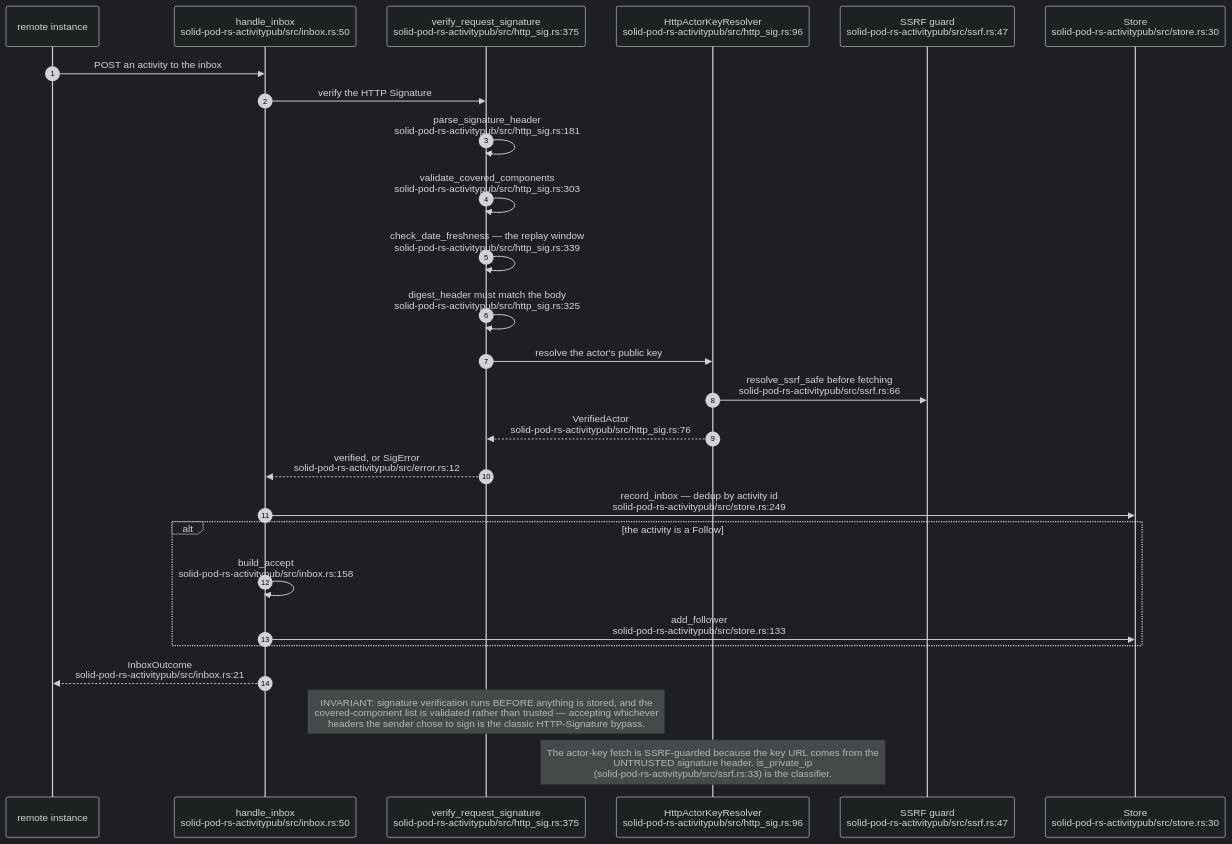
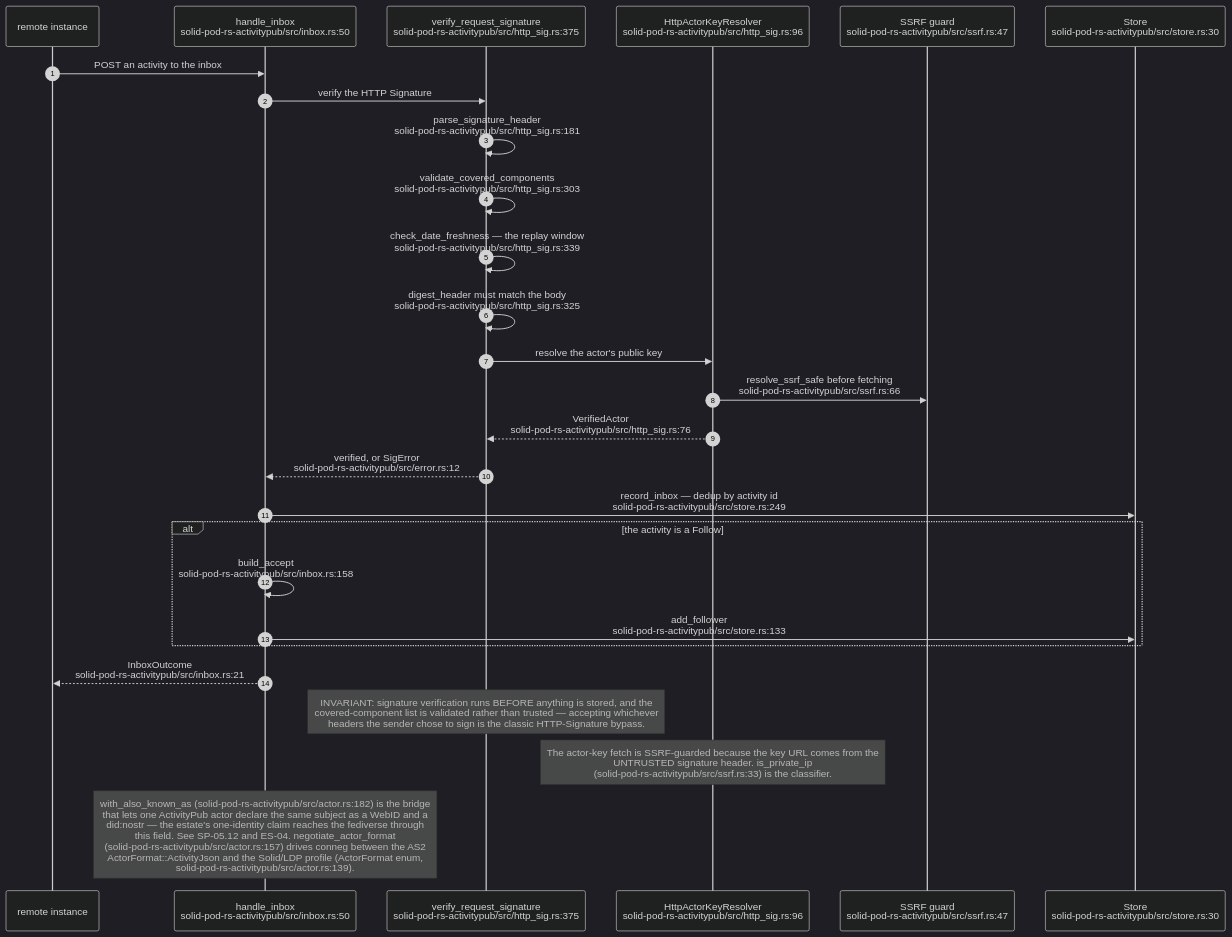
Before and after one commit to DreamLab-AI/VisionFlow: the fifth of 16 diagrams in docs/diagrams/solid-pod-rs/08-federation-notifications-forge-mcp.md, drawn with Mermaid (dark theme). The commit also changed other lines of this file and 136 other files, not shown here.

First line of the commit message:
docs(diagrams): refresh the whole corpus to code HEAD and prune low-value diagrams

````diff
--- a/docs/diagrams/solid-pod-rs/08-federation-notifications-forge-mcp.md
+++ b/docs/diagrams/solid-pod-rs/08-federation-notifications-forge-mcp.md
@@ -154,30 +153,31 @@
 ```mermaid
 sequenceDiagram
     autonumber
     participant R as remote instance
     participant I as handle_inbox<br/>solid-pod-rs-activitypub/src/inbox.rs:50
     participant V as verify_request_signature<br/>solid-pod-rs-activitypub/src/http_sig.rs:375
     participant K as HttpActorKeyResolver<br/>solid-pod-rs-activitypub/src/http_sig.rs:96
     participant SS as SSRF guard<br/>solid-pod-rs-activitypub/src/ssrf.rs:47
     participant S as Store<br/>solid-pod-rs-activitypub/src/store.rs:30
 
     R->>I: POST an activity to the inbox
     I->>V: verify the HTTP Signature
     V->>V: parse_signature_header<br/>solid-pod-rs-activitypub/src/http_sig.rs:181
     V->>V: validate_covered_components<br/>solid-pod-rs-activitypub/src/http_sig.rs:303
     V->>V: check_date_freshness — the replay window<br/>solid-pod-rs-activitypub/src/http_sig.rs:339
     V->>V: digest_header must match the body<br/>solid-pod-rs-activitypub/src/http_sig.rs:325
     V->>K: resolve the actor's public key
     K->>SS: resolve_ssrf_safe before fetching<br/>solid-pod-rs-activitypub/src/ssrf.rs:66
     K-->>V: VerifiedActor<br/>solid-pod-rs-activitypub/src/http_sig.rs:76
     V-->>I: verified, or SigError<br/>solid-pod-rs-activitypub/src/error.rs:12
     I->>S: record_inbox — dedup by activity id<br/>solid-pod-rs-activitypub/src/store.rs:249
     alt the activity is a Follow
         I->>I: build_accept<br/>solid-pod-rs-activitypub/src/inbox.rs:158
         I->>S: add_follower<br/>solid-pod-rs-activitypub/src/store.rs:133
     end
     I-->>R: InboxOutcome<br/>solid-pod-rs-activitypub/src/inbox.rs:21
 
     Note over V: INVARIANT: signature verification runs BEFORE anything is stored, and the<br/>covered-component list is validated rather than trusted — accepting whichever<br/>headers the sender chose to sign is the classic HTTP-Signature bypass.
     Note over K: The actor-key fetch is SSRF-guarded because the key URL comes from the<br/>UNTRUSTED signature header. is_private_ip<br/>(solid-pod-rs-activitypub/src/ssrf.rs:33) is the classifier.
+    Note over I: with_also_known_as (solid-pod-rs-activitypub/src/actor.rs:182) is the bridge<br/>that lets one ActivityPub actor declare the same subject as a WebID and a<br/>did:nostr — the estate's one-identity claim reaches the fediverse through<br/>this field. See SP-05.12 and ES-04. negotiate_actor_format<br/>(solid-pod-rs-activitypub/src/actor.rs:157) drives conneg between the AS2<br/>ActorFormat::ActivityJson and the Solid/LDP profile (ActorFormat enum,<br/>solid-pod-rs-activitypub/src/actor.rs:139).
 ```
````
